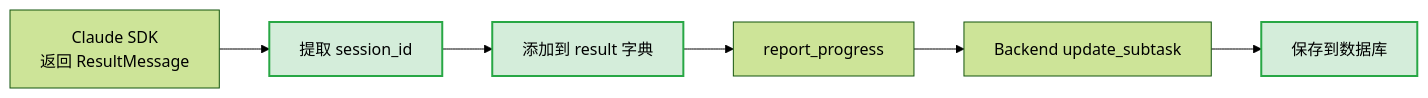
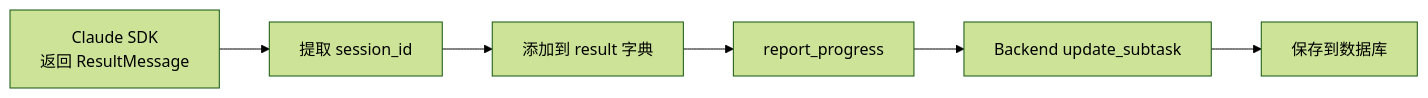
The eighth of 10 diagrams in docs/zh/features/task-restore.md (wecode-ai/Wegent), drawn with Mermaid (forest theme) before and after one commit. The commit also changed other lines of this file, not shown here.

````diff
--- a/docs/zh/features/task-restore.md
+++ b/docs/zh/features/task-restore.md
@@ -171,10 +250,8 @@
 ```mermaid
 flowchart LR
-    A[Claude SDK<br/>返回 ResultMessage] --> B[提取 session_id]:::new
-    B --> C[添加到 result 字典]:::new
+    A[Claude SDK<br/>返回 ResultMessage] --> B[提取 session_id]
+    B --> C[添加到 result 字典]
     C --> D[report_progress]
     D --> E[Backend update_subtask]
-    E --> F[保存到数据库]:::new
-
-    classDef new fill:#d4edda,stroke:#28a745,stroke-width:2px
+    E --> F[保存到数据库]
 ```
````
